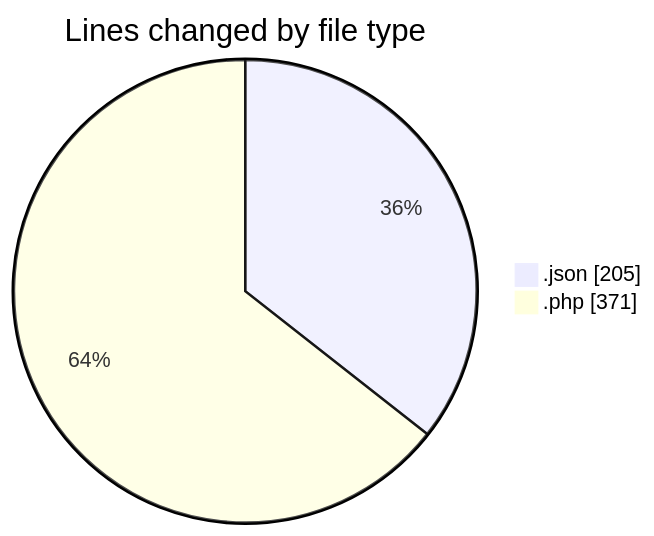
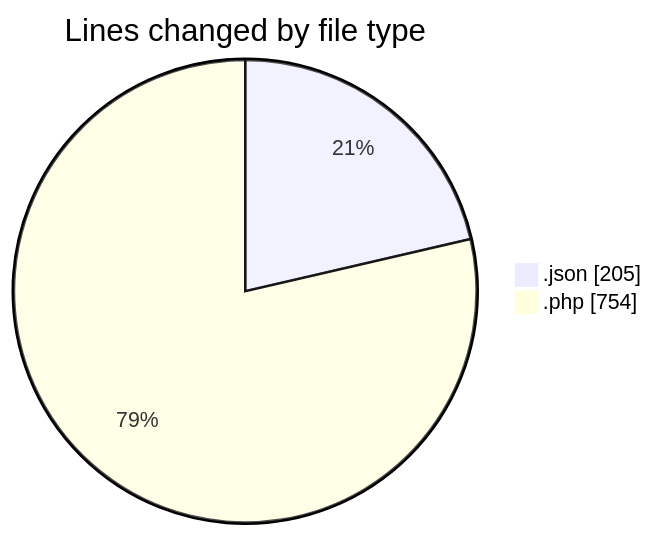
One commit to idhammustaqopulfikri/code-tracking changed the first of 2 diagrams in 2025-04-11/test/README.md. Above: the diagram before and after it, drawn with Mermaid. The commit also changed other lines of this file and 1 other file, not shown here.

````diff
--- a/2025-04-11/test/README.md
+++ b/2025-04-11/test/README.md
@@ -22,6 +25,6 @@
 ```mermaid
 pie showData
 title Lines changed by file type
 ".json" : 205
-".php" : 371
+".php" : 754
 ```
````
